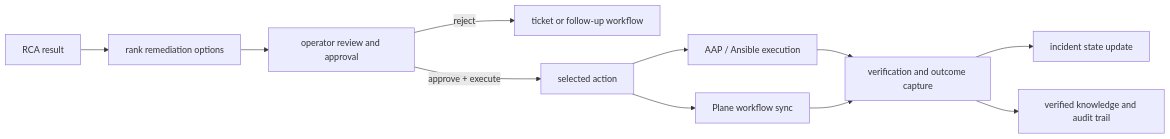
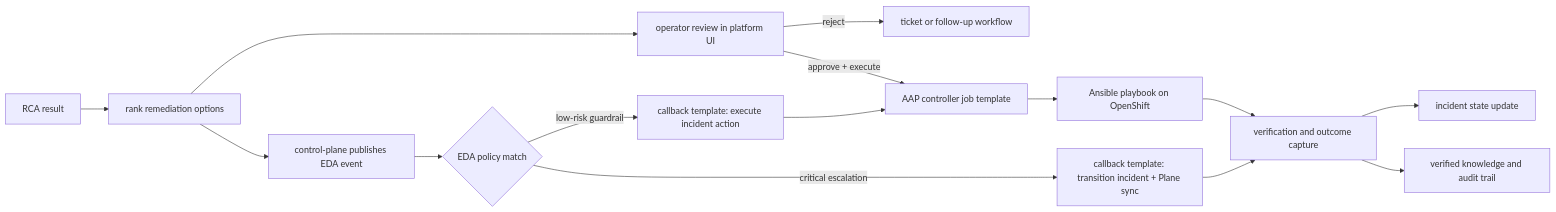
One commit to rh-telco-tigers/Autonomous-Network-Intelligence-Anomaly-Detection-with-Red-Hat-OpenShift-AI changed the diagram in docs/architecture/phase-08-overview-remediation.md. Above: the diagram before and after it, drawn with Mermaid. The commit also changed other lines of this file and 9 other files, not shown here.

First line of the commit message:
stabilize console refreshes and document AAP remediation flow

````diff
--- a/docs/architecture/phase-08-overview-remediation.md
+++ b/docs/architecture/phase-08-overview-remediation.md
@@ -21,13 +29,17 @@
 ```mermaid
 flowchart LR
   RCA["RCA result"] --> Suggest["rank remediation options"]
-  Suggest --> Human["operator review and approval"]
+  Suggest --> Human["operator review in platform UI"]
+  Suggest --> Event["control-plane publishes EDA event"]
   Human -->|reject| Backlog["ticket or follow-up workflow"]
-  Human -->|approve + execute| Action["selected action"]
-  Action --> AAP["AAP / Ansible execution"]
-  Action --> Plane["Plane workflow sync"]
-  AAP --> Verify["verification and outcome capture"]
-  Plane --> Verify
+  Human -->|approve + execute| JT["AAP controller job template"]
+  Event --> Policy{"EDA policy match"}
+  Policy -->|critical escalation| Ticket["callback template: transition incident + Plane sync"]
+  Policy -->|low-risk guardrail| Callback["callback template: execute incident action"]
+  Callback --> JT
+  JT --> Playbook["Ansible playbook on OpenShift"]
+  Playbook --> Verify["verification and outcome capture"]
+  Ticket --> Verify
   Verify --> Incident["incident state update"]
   Verify --> Learn["verified knowledge and audit trail"]
 ```
````
